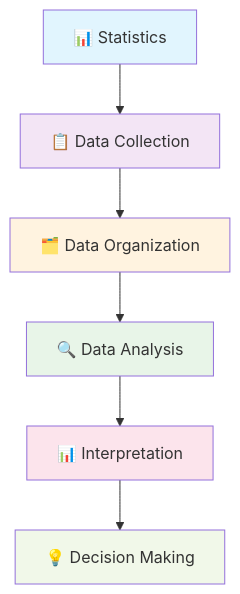
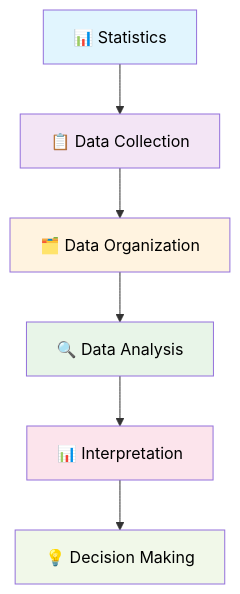
Before and after one commit to siddharthkumarrai/Statics: the fourth of 6 diagrams in README.md, drawn with Mermaid. The commit also changed other lines of this file, not shown here.

````diff
--- a/README.md
+++ b/README.md
@@ -103,15 +103,15 @@
 ```mermaid
 flowchart TD
     A[📊 Statistics] --> B[📋 Data Collection]
     B --> C[🗂️ Data Organization]
     C --> D[🔍 Data Analysis]
     D --> E[📊 Interpretation]
     E --> F[💡 Decision Making]
 
-    style A fill:#e1f5fe
-    style B fill:#f3e5f5
-    style C fill:#fff3e0
-    style D fill:#e8f5e8
-    style E fill:#fce4ec
-    style F fill:#f1f8e9
+    style A fill:#e1f5fe,color:#000
+    style B fill:#f3e5f5,color:#000
+    style C fill:#fff3e0,color:#000
+    style D fill:#e8f5e8,color:#000
+    style E fill:#fce4ec,color:#000
+    style F fill:#f1f8e9,color:#000
 ```
````
